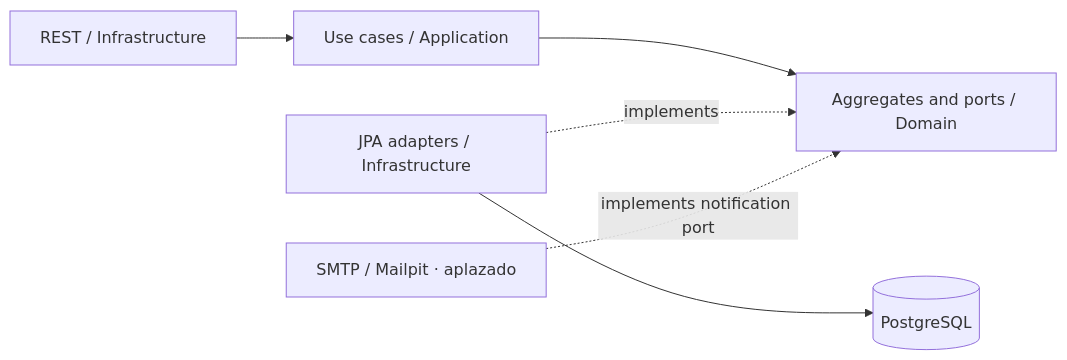
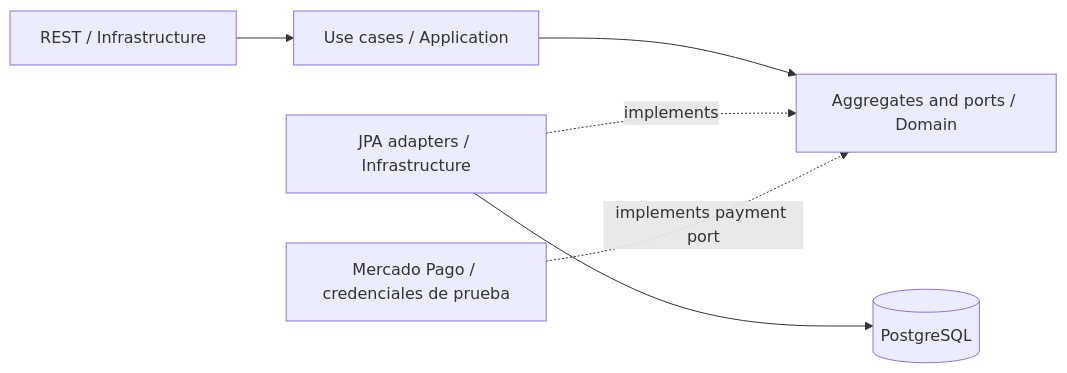
The diagram in README.md (TuMinipeka/Tool-rental-platform), drawn with Mermaid before and after one commit. The commit also changed other lines of this file and 47 other files, not shown here.

````diff
--- a/README.md
+++ b/README.md
@@ -188,8 +192,8 @@
 ```mermaid
 flowchart LR
     REST[REST / Infrastructure] --> APP[Use cases / Application]
     APP --> DOMAIN[Aggregates and ports / Domain]
     JPA[JPA adapters / Infrastructure] -. implements .-> DOMAIN
     JPA --> PG[(PostgreSQL)]
-    SMTP[SMTP / Mailpit · aplazado] -. implements notification port .-> DOMAIN
+    MP[Mercado Pago / credenciales de prueba] -. implements payment port .-> DOMAIN
 ```
````
